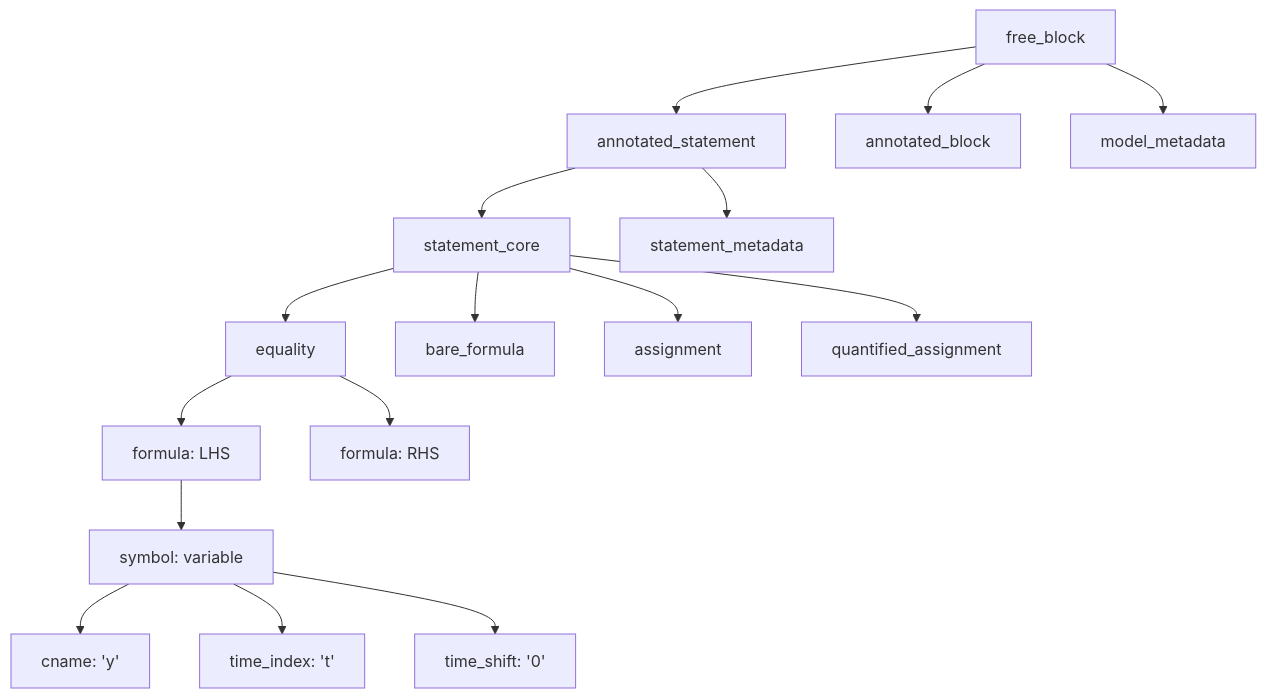
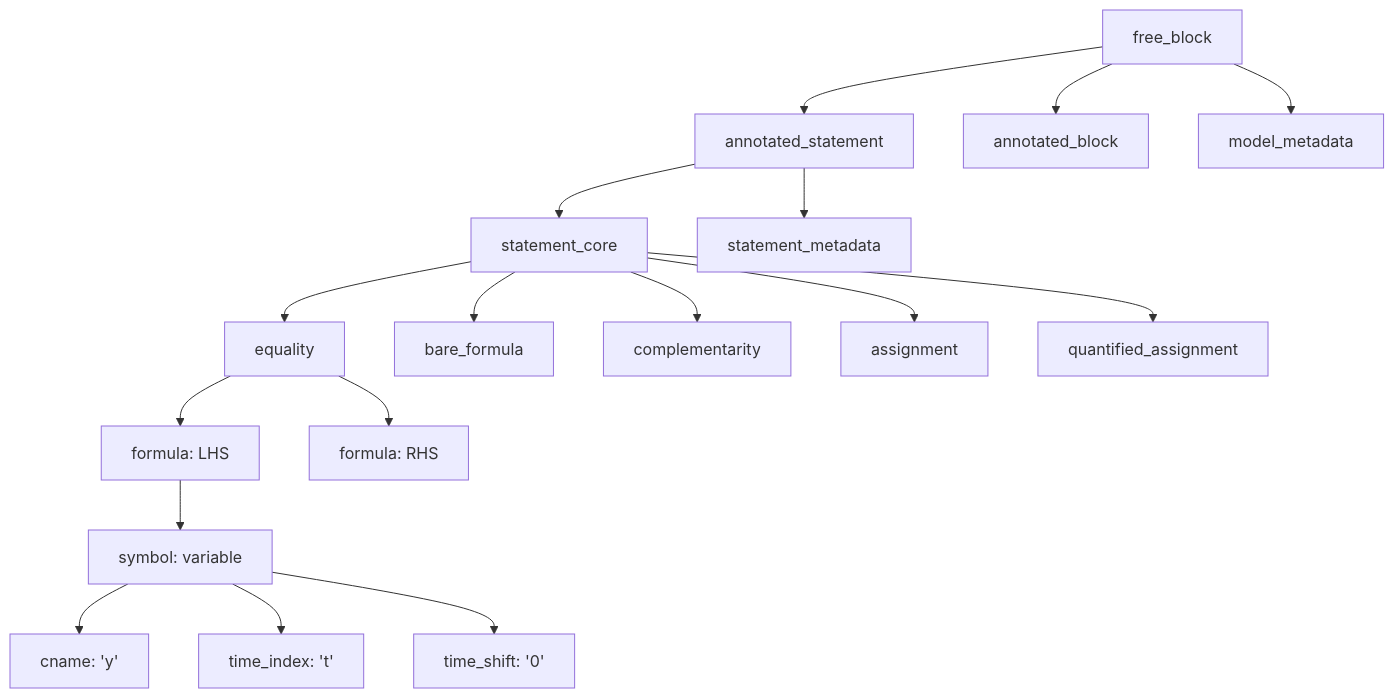
Before and after one commit to EconForge/dyno.py: the diagram in docs/dynspec/grammar_ast.md, drawn with Mermaid. The commit also changed other lines of this file and 8 other files, not shown here.

````diff
--- a/docs/dynspec/grammar_ast.md
+++ b/docs/dynspec/grammar_ast.md
@@ -42,22 +42,23 @@
 ```mermaid
 graph TD
     FB[free_block] --> AS1[annotated_statement]
     FB --> AB[annotated_block]
     FB --> MM[model_metadata]
 
     AS1 --> SC[statement_core]
     AS1 --> SM[statement_metadata]
 
     SC --> EQ[equality]
     SC --> BF[bare_formula]
+    SC --> CP[complementarity]
     SC --> ASG[assignment]
     SC --> QA[quantified_assignment]
 
     EQ --> F1[formula: LHS]
     EQ --> F2[formula: RHS]
 
     F1 --> SYM[symbol: variable]
     SYM --> CN[cname: 'y']
     SYM --> TI[time_index: 't']
     SYM --> TS[time_shift: '0']
 ```
````
